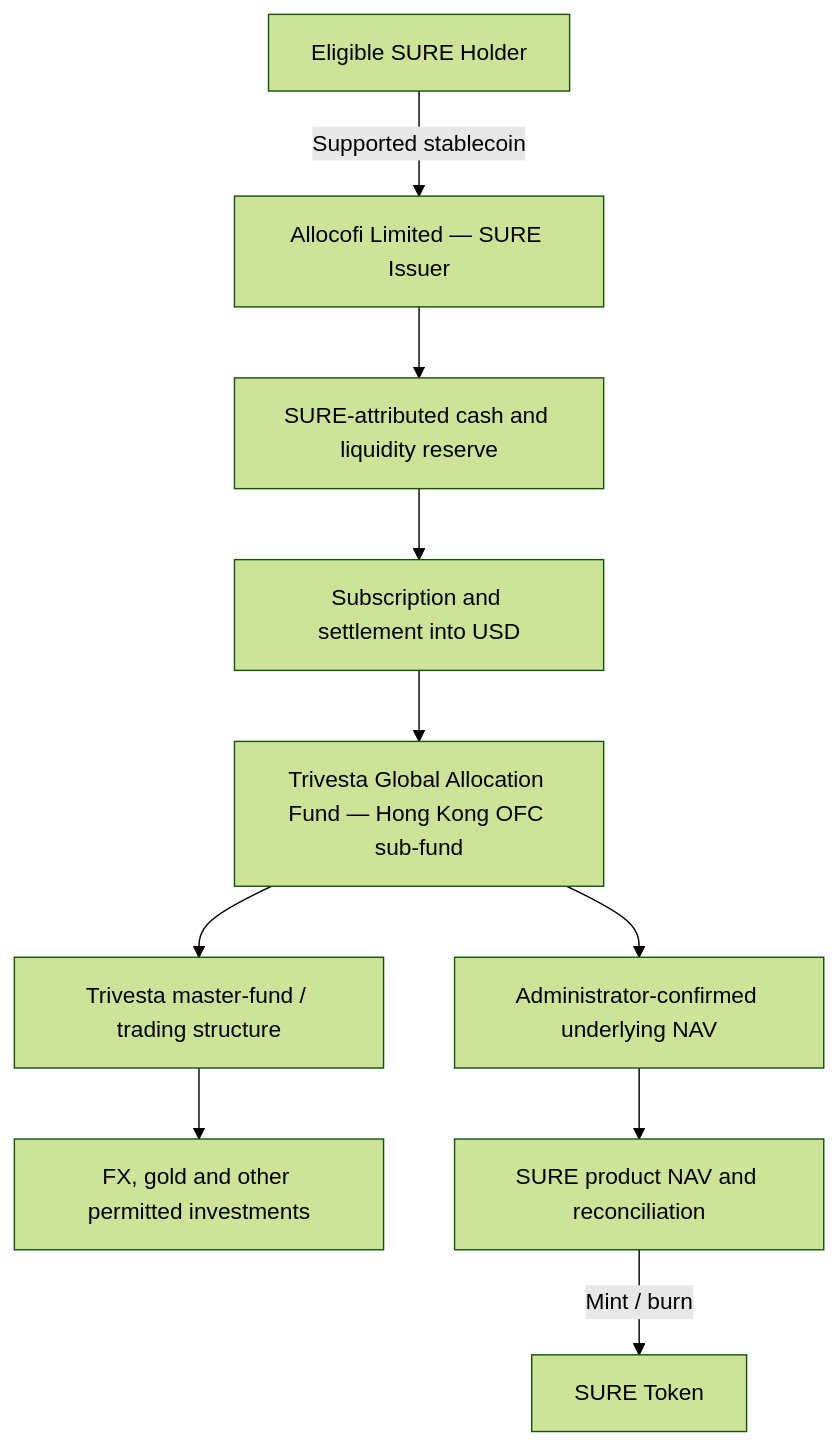
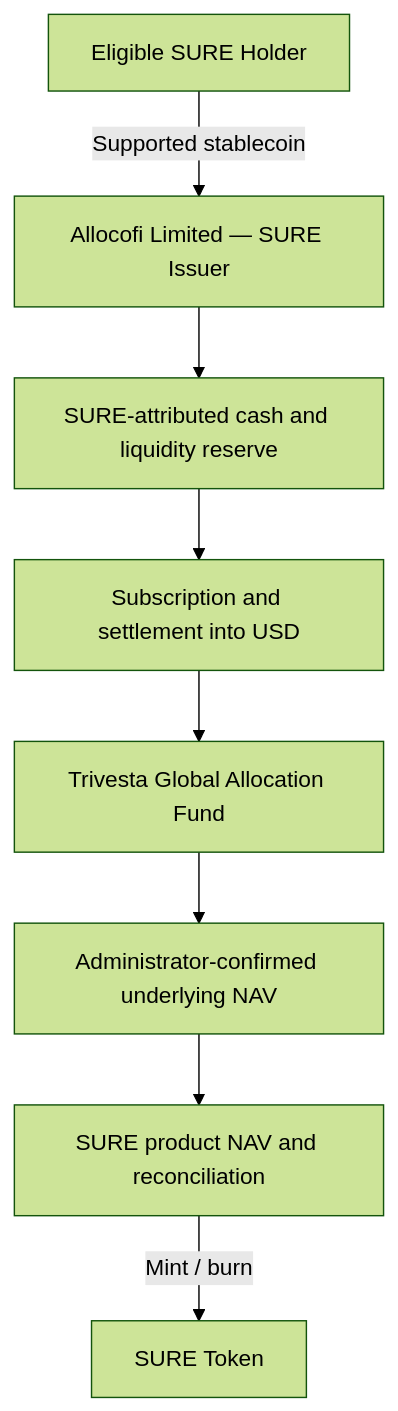
Before and after one commit to Allocofi/Docs: the diagram in untitled-page-5.mdx, drawn with Mermaid (forest theme). The commit also changed other lines of this file, not shown here.

````diff
--- a/untitled-page-5.mdx
+++ b/untitled-page-5.mdx
@@ -10,12 +10,10 @@
 ```mermaid
 flowchart TD
     A["Eligible SURE Holder"] -->|"Supported stablecoin"| B["Allocofi Limited — SURE Issuer"]
     B --> C["SURE-attributed cash and liquidity reserve"]
     C --> D["Subscription and settlement into USD"]
-    D --> E["Trivesta Global Allocation Fund — Hong Kong OFC sub-fund"]
-    E --> F["Trivesta master-fund / trading structure"]
-    F --> G["FX, gold and other permitted investments"]
+    D --> E["Trivesta Global Allocation Fund"]
     E --> H["Administrator-confirmed underlying NAV"]
     H --> I["SURE product NAV and reconciliation"]
     I -->|"Mint / burn"| J["SURE Token"]
 ```
````
